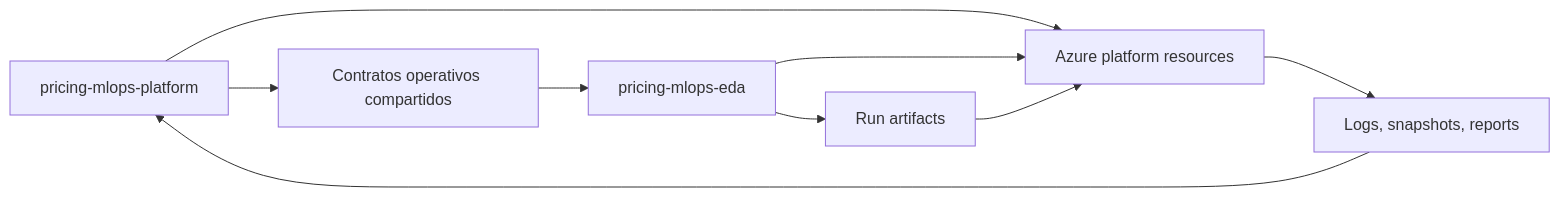
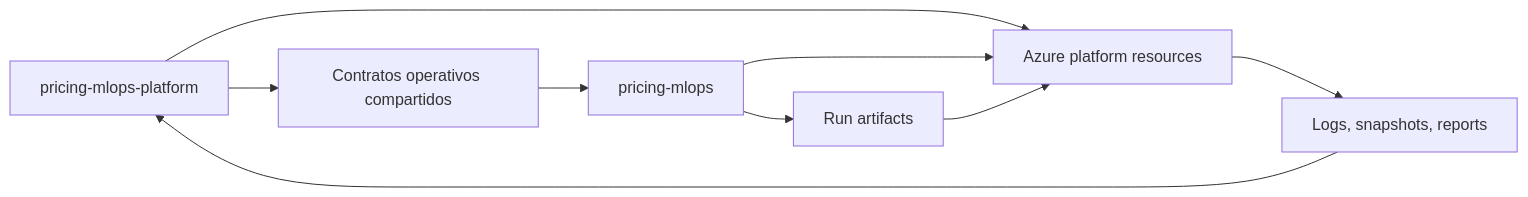
Before and after one commit to tecmx-team46-pricing/pricing-mlops-platform: the diagram in docs/multi-repo-mlops-deployment-plan.md, drawn with Mermaid. The commit also changed other lines of this file and 6 other files, not shown here.

````diff
--- a/docs/multi-repo-mlops-deployment-plan.md
+++ b/docs/multi-repo-mlops-deployment-plan.md
@@ -113,11 +114,11 @@
 ```mermaid
 flowchart LR
   Platform["pricing-mlops-platform"] --> Azure["Azure platform resources"]
-  Model["pricing-mlops-eda"] --> Azure
+  Model["pricing-mlops"] --> Azure
   Platform --> Contracts["Contratos operativos compartidos"]
   Contracts --> Model
   Model --> Artifacts["Run artifacts"]
   Artifacts --> Azure
   Azure --> Reports["Logs, snapshots, reports"]
   Reports --> Platform
 ```
````
